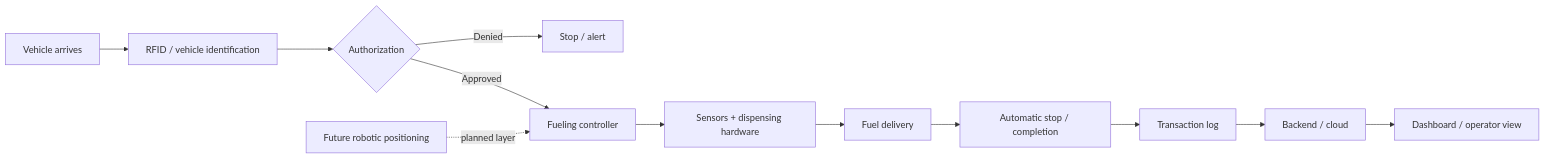
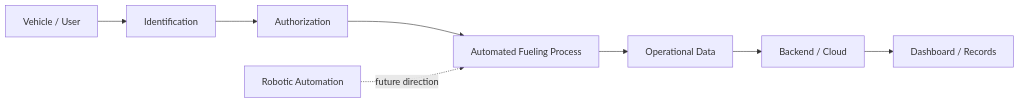
Before and after one commit to Elgrandeyury/smart-robotic-fueling-system: the diagram in README.md, drawn with Mermaid. The commit also changed other lines of this file, not shown here.

````diff
--- a/README.md
+++ b/README.md
@@ -38,15 +38,11 @@
 ```mermaid
 flowchart LR
-    A[Vehicle arrives] --> B[RFID / vehicle identification]
-    B --> C{Authorization}
-    C -- Denied --> D[Stop / alert]
-    C -- Approved --> E[Fueling controller]
-    E --> F[Sensors + dispensing hardware]
-    F --> G[Fuel delivery]
-    G --> H[Automatic stop / completion]
-    H --> I[Transaction log]
-    I --> J[Backend / cloud]
-    J --> K[Dashboard / operator view]
+    A[Vehicle / User] --> B[Identification]
+    B --> C[Authorization]
+    C --> D[Automated Fueling Process]
+    D --> E[Operational Data]
+    E --> F[Backend / Cloud]
+    F --> G[Dashboard / Records]
 
-    L[Future robotic positioning] -.planned layer.-> E
+    H[Robotic Automation] -.future direction.-> D
 ```
````
